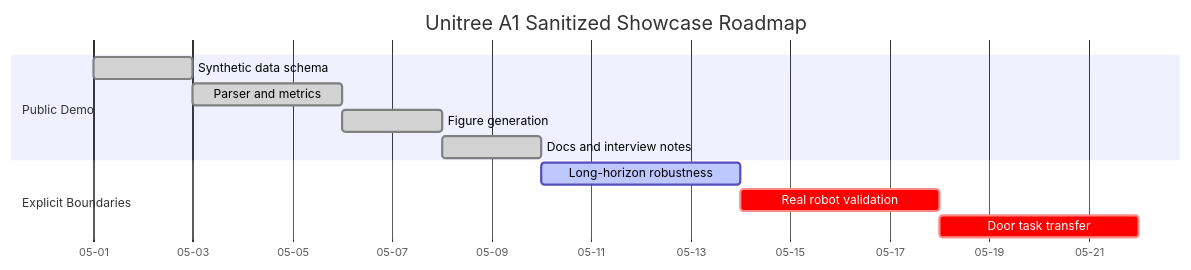
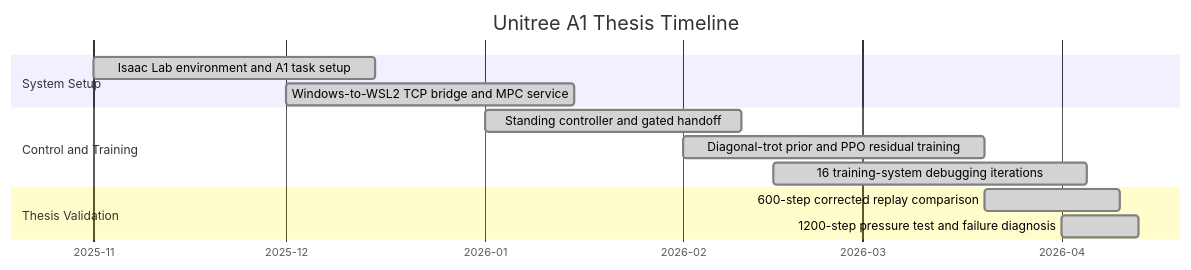
The diagram in docs/project_overview.md (zihanshen29/robot-a1-showcase), drawn with Mermaid before and after one commit. The commit also changed other lines of this file and 5 other files, not shown here.

Commit message:
Sync verified 2026-07 A1 thesis metrics

````diff
--- a/docs/project_overview.md
+++ b/docs/project_overview.md
@@ -19,15 +30,16 @@
 ```mermaid
 gantt
-    title Unitree A1 Sanitized Showcase Roadmap
+    title Unitree A1 Thesis Timeline
     dateFormat  YYYY-MM-DD
-    axisFormat  %m-%d
-    section Public Demo
-    Synthetic data schema      :done,    a1, 2026-05-01, 2d
-    Parser and metrics         :done,    a2, after a1, 3d
-    Figure generation          :done,    a3, after a2, 2d
-    Docs and interview notes   :done,    a4, after a3, 2d
-    section Explicit Boundaries
-    Long-horizon robustness    :active,  b1, 2026-05-10, 4d
-    Real robot validation      :crit,    b2, 2026-05-14, 4d
-    Door task transfer         :crit,    b3, 2026-05-18, 4d
+    axisFormat  %Y-%m
+    section System Setup
+    Isaac Lab environment and A1 task setup        :done,    p1, 2025-11-01, 2025-12-15
+    Windows-to-WSL2 TCP bridge and MPC service     :done,    p2, 2025-12-01, 2026-01-15
+    section Control and Training
+    Standing controller and gated handoff          :done,    p3, 2026-01-01, 2026-02-10
+    Diagonal-trot prior and PPO residual training  :done,    p4, 2026-02-01, 2026-03-20
+    16 training-system debugging iterations        :done,    p5, 2026-02-15, 2026-04-05
+    section Thesis Validation
+    600-step corrected replay comparison           :done,    p6, 2026-03-20, 2026-04-10
+    1200-step pressure test and failure diagnosis  :done,    p7, 2026-04-01, 2026-04-13
 ```
````
